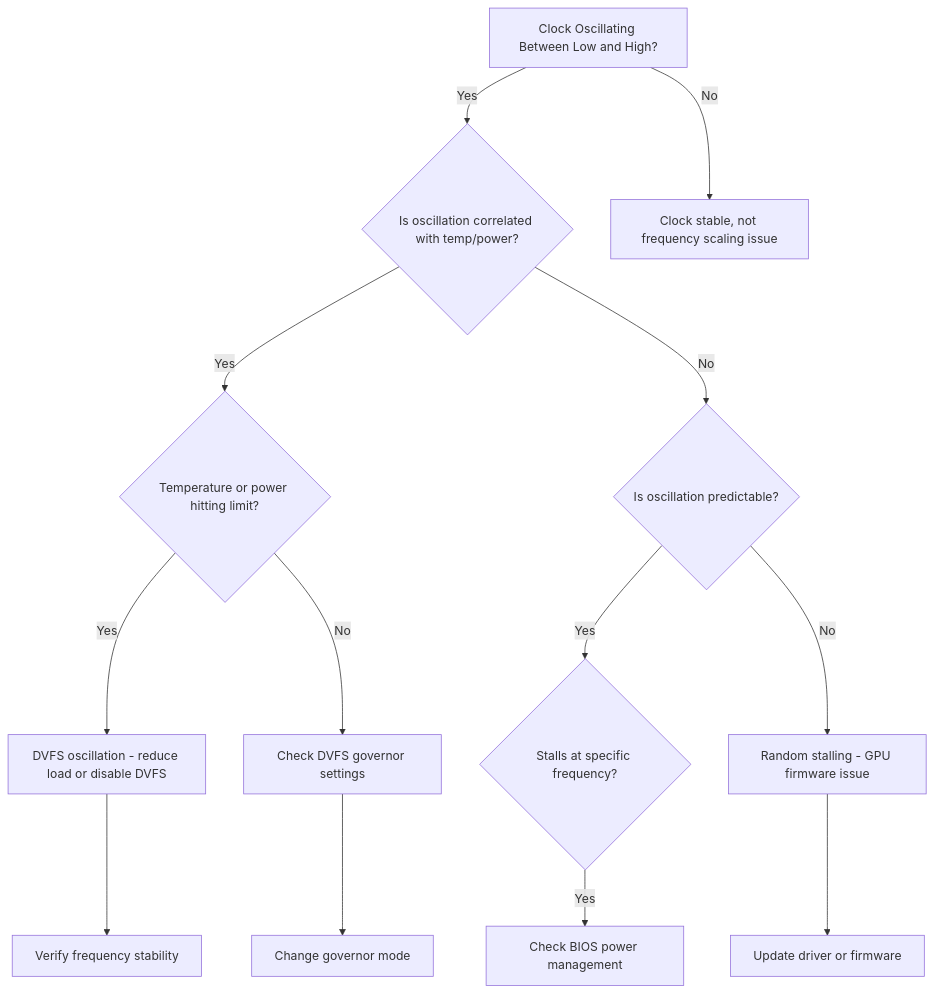
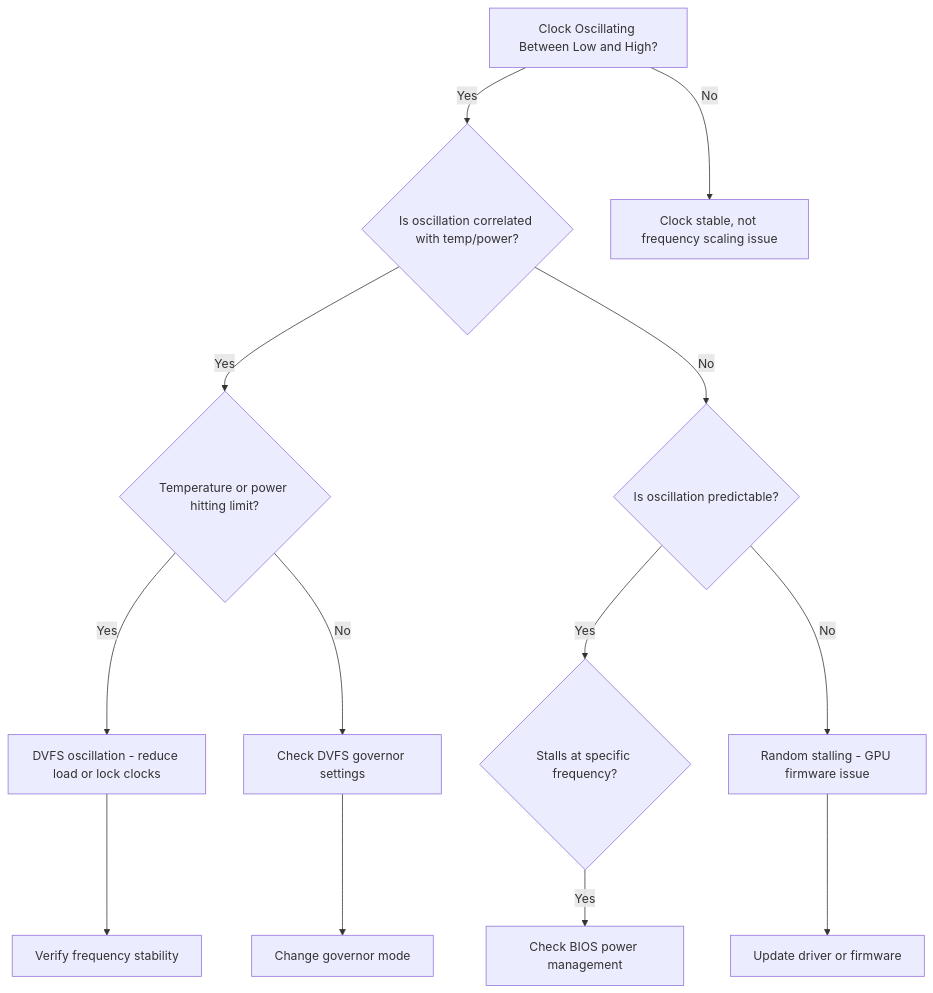
One commit to jithinpnjm/nvidia-devops changed the first of 2 diagrams in docs/nvidia-zero-to-hero/volume-20/chapter-10-clock-instability-and-frequency-scaling-problems.md. Above: the diagram before and after it, drawn with Mermaid. The commit also changed other lines of this file and 289 other files, not shown here.

````diff
--- a/docs/nvidia-zero-to-hero/volume-20/chapter-10-clock-instability-and-frequency-scaling-problems.md
+++ b/docs/nvidia-zero-to-hero/volume-20/chapter-10-clock-instability-and-frequency-scaling-problems.md
@@ -44,15 +44,15 @@
 ```mermaid
 flowchart TD
     A["Clock Oscillating Between Low and High?"] -->|Yes| B{"Is oscillation correlated with temp/power?"}
     A -->|No| C["Clock stable, not frequency scaling issue"]
     B -->|Yes| D{"Temperature or power hitting limit?"}
     B -->|No| E{"Is oscillation predictable?"}
-    D -->|Yes| F["DVFS oscillation - reduce load or disable DVFS"]
+    D -->|Yes| F["DVFS oscillation - reduce load or lock clocks"]
     D -->|No| G["Check DVFS governor settings"]
     E -->|Yes| H{"Stalls at specific frequency?"}
     E -->|No| I["Random stalling - GPU firmware issue"]
     H -->|Yes| J["Check BIOS power management"]
     I --> K["Update driver or firmware"]
     F --> L["Verify frequency stability"]
     G --> M["Change governor mode"]
 ```
````
